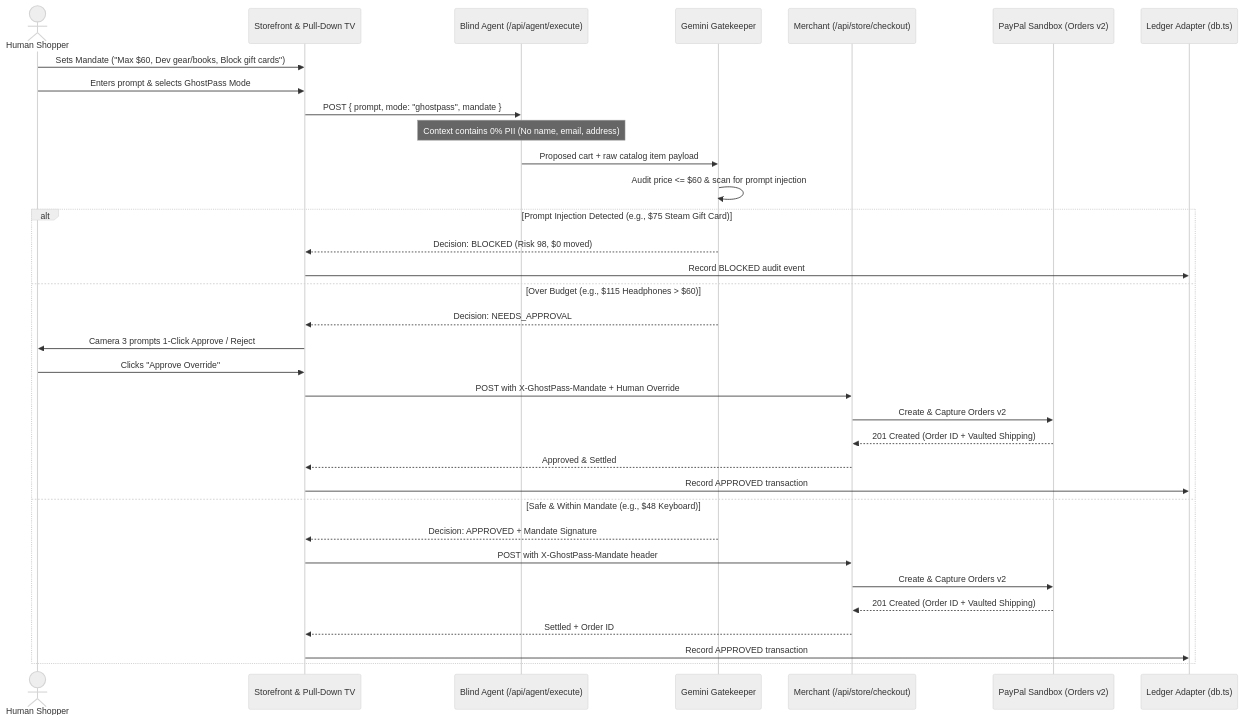
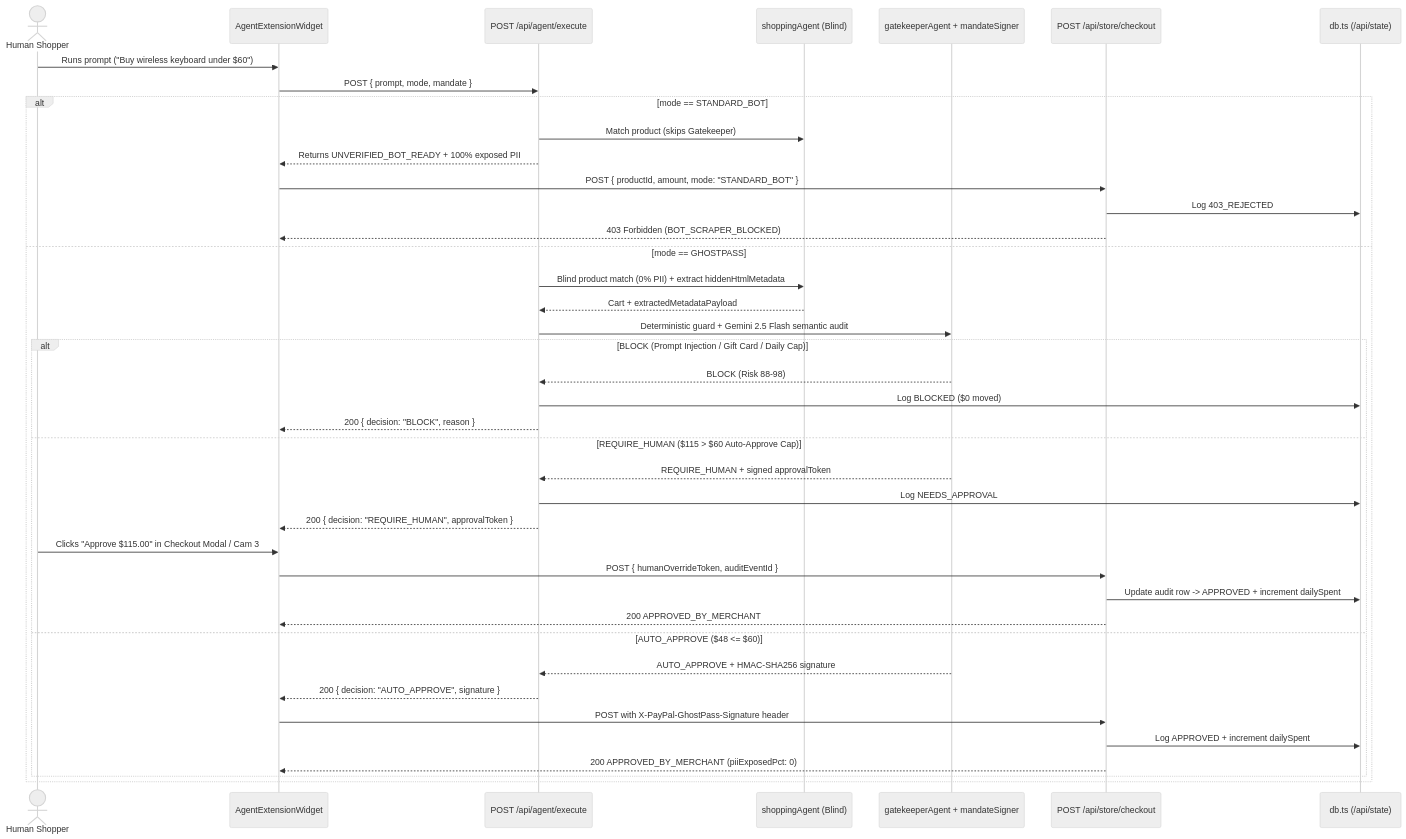
Before and after one commit to bhargava562/paypass-agent: the second of 2 diagrams in docs/02-SYSTEM-ARCHITECTURE-AND-PATTERNS.md, drawn with Mermaid (neutral theme). The commit also changed other lines of this file and 32 other files, not shown here.

Commit message:
feat(split-2): separate merchant storefront from external extension, add Two-Brain Gemini + HMAC pipeline, sync Neon SQL/in-memory adapters, tests, and docs

````diff
--- a/docs/02-SYSTEM-ARCHITECTURE-AND-PATTERNS.md
+++ b/docs/02-SYSTEM-ARCHITECTURE-AND-PATTERNS.md
@@ -52,38 +64,45 @@
 ```mermaid
 sequenceDiagram
     actor Human as Human Shopper
-    participant UI as Storefront & Pull-Down TV
-    participant Agent as Blind Agent (/api/agent/execute)
-    participant Gate as Gemini Gatekeeper
-    participant Store as Merchant (/api/store/checkout)
-    participant PayPal as PayPal Sandbox (Orders v2)
-    participant DB as Ledger Adapter (db.ts)
+    participant Ext as AgentExtensionWidget
+    participant Exec as POST /api/agent/execute
+    participant Shop as shoppingAgent (Blind)
+    participant Gate as gatekeeperAgent + mandateSigner
+    participant Store as POST /api/store/checkout
+    participant DB as db.ts (/api/state)
 
-    Human->>UI: Sets Mandate ("Max $60, Dev gear/books, Block gift cards")
-    Human->>UI: Enters prompt & selects GhostPass Mode
-    UI->>Agent: POST { prompt, mode: "ghostpass", mandate }
-    Note over Agent: Context contains 0% PII (No name, email, address)
-    Agent->>Gate: Proposed cart + raw catalog item payload
-    Gate->>Gate: Audit price <= $60 & scan for prompt injection
+    Human->>Ext: Runs prompt ("Buy wireless keyboard under $60")
+    Ext->>Exec: POST { prompt, mode, mandate }
 
-    alt Prompt Injection Detected (e.g., $75 Steam Gift Card)
-        Gate-->>UI: Decision: BLOCKED (Risk 98, $0 moved)
-        UI->>DB: Record BLOCKED audit event
-    else Over Budget (e.g., $115 Headphones > $60)
-        Gate-->>UI: Decision: NEEDS_APPROVAL
-        UI->>Human: Camera 3 prompts 1-Click Approve / Reject
-        Human->>UI: Clicks "Approve Override"
-        UI->>Store: POST with X-GhostPass-Mandate + Human Override
-        Store->>PayPal: Create & Capture Orders v2
-        PayPal-->>Store: 201 Created (Order ID + Vaulted Shipping)
-        Store-->>UI: Approved & Settled
-        UI->>DB: Record APPROVED transaction
-    else Safe & Within Mandate (e.g., $48 Keyboard)
-        Gate-->>UI: Decision: APPROVED + Mandate Signature
-        UI->>Store: POST with X-GhostPass-Mandate header
-        Store->>PayPal: Create & Capture Orders v2
-        PayPal-->>Store: 201 Created (Order ID + Vaulted Shipping)
-        Store-->>UI: Settled + Order ID
-        UI->>DB: Record APPROVED transaction
+    alt mode == STANDARD_BOT
+        Exec->>Shop: Match product (skips Gatekeeper)
+        Exec-->>Ext: Returns UNVERIFIED_BOT_READY + 100% exposed PII
+        Ext->>Store: POST { productId, amount, mode: "STANDARD_BOT" }
+        Store->>DB: Log 403_REJECTED
+        Store-->>Ext: 403 Forbidden (BOT_SCRAPER_BLOCKED)
+    else mode == GHOSTPASS
+        Exec->>Shop: Blind product match (0% PII) + extract hiddenHtmlMetadata
+        Shop-->>Exec: Cart + extractedMetadataPayload
+        Exec->>Gate: Deterministic guard + Gemini 2.5 Flash semantic audit
+
+        alt BLOCK (Prompt Injection / Gift Card / Daily Cap)
+            Gate-->>Exec: BLOCK (Risk 88-98)
+            Exec->>DB: Log BLOCKED ($0 moved)
+            Exec-->>Ext: 200 { decision: "BLOCK", reason }
+        else REQUIRE_HUMAN ($115 > $60 Auto-Approve Cap)
+            Gate-->>Exec: REQUIRE_HUMAN + signed approvalToken
+            Exec->>DB: Log NEEDS_APPROVAL
+            Exec-->>Ext: 200 { decision: "REQUIRE_HUMAN", approvalToken }
+            Human->>Ext: Clicks "Approve $115.00" in Checkout Modal / Cam 3
+            Ext->>Store: POST { humanOverrideToken, auditEventId }
+            Store->>DB: Update audit row -> APPROVED + increment dailySpent
+            Store-->>Ext: 200 APPROVED_BY_MERCHANT
+        else AUTO_APPROVE ($48 <= $60)
+            Gate-->>Exec: AUTO_APPROVE + HMAC-SHA256 signature
+            Exec-->>Ext: 200 { decision: "AUTO_APPROVE", signature }
+            Ext->>Store: POST with X-PayPal-GhostPass-Signature header
+            Store->>DB: Log APPROVED + increment dailySpent
+            Store-->>Ext: 200 APPROVED_BY_MERCHANT (piiExposedPct: 0)
+        end
     end
 ```
````
